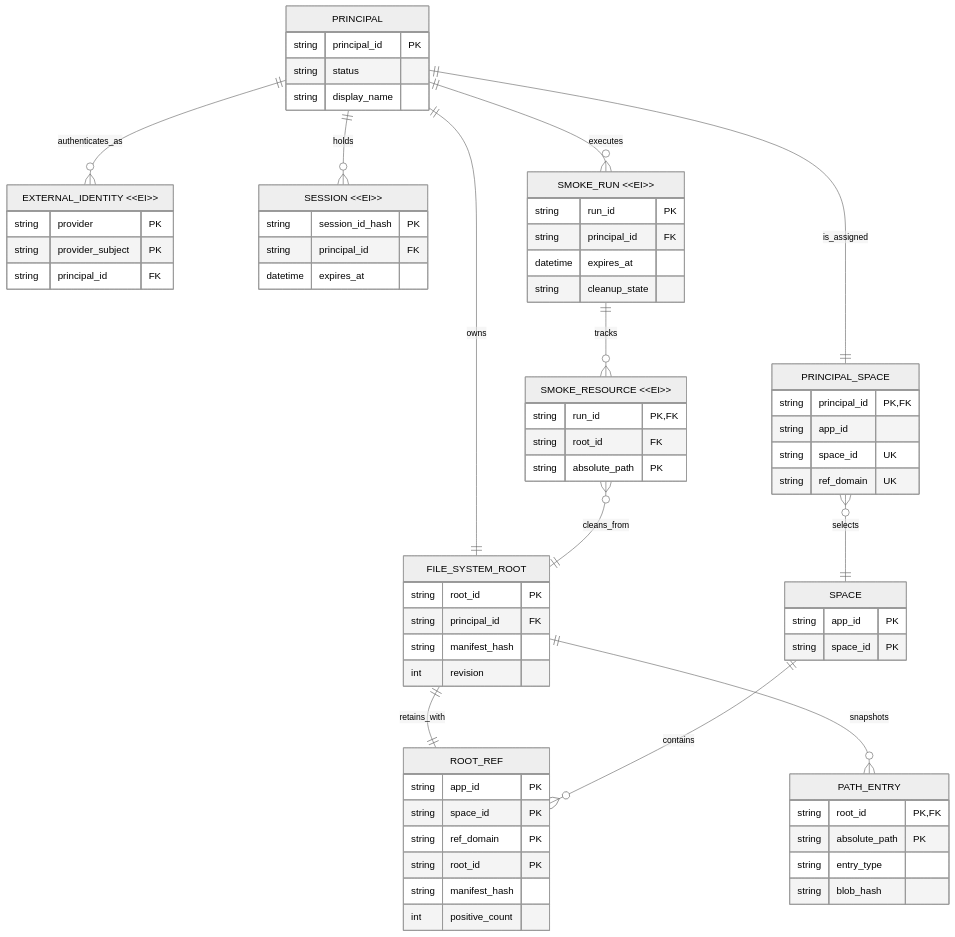
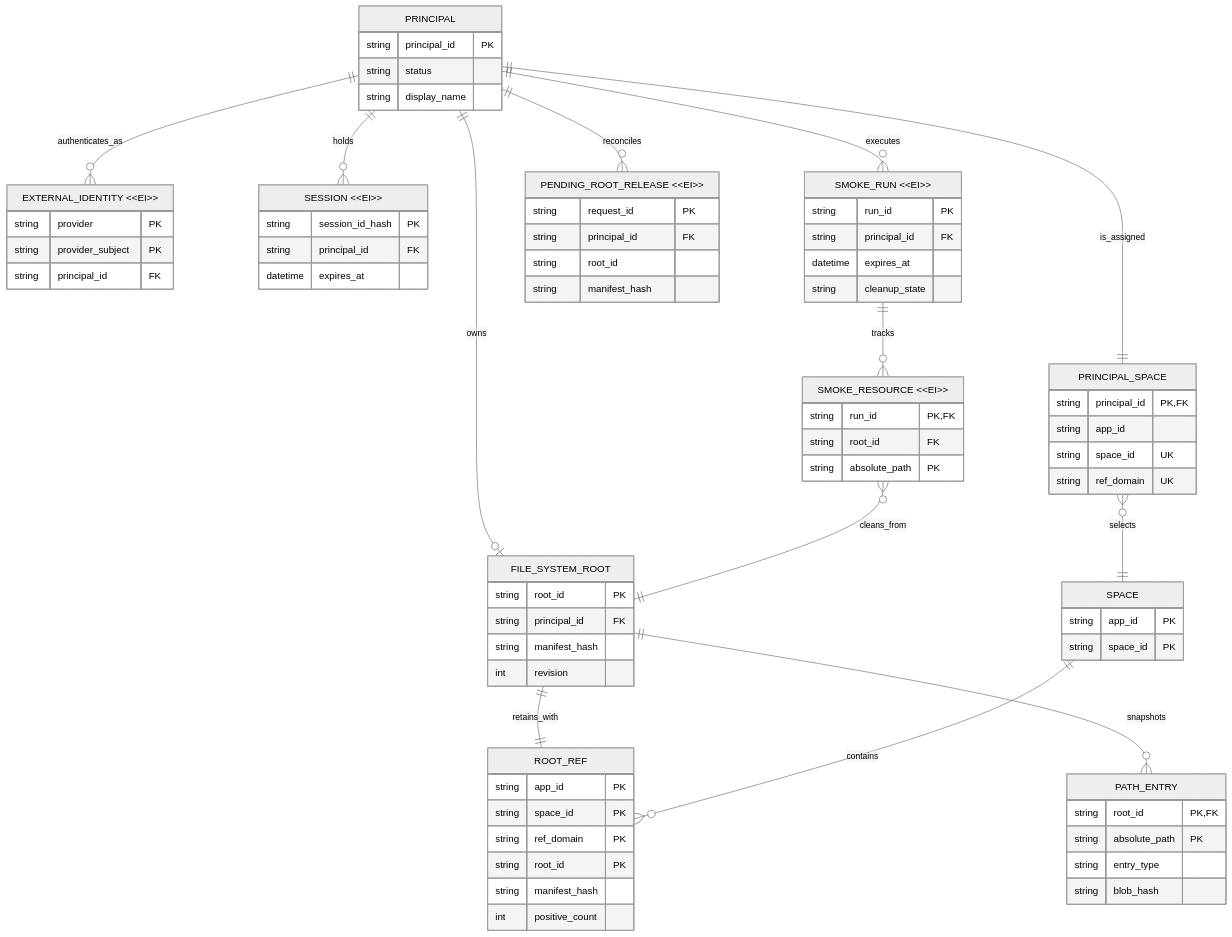
Before and after one commit to shazhou-ww/unicas: the diagram in tasks/build-file-upload-smoke-app/BusinessDataModel.md, drawn with Mermaid (neutral theme). The commit also changed other lines of this file and 60 other files, not shown here.

```diff
--- a/tasks/build-file-upload-smoke-app/BusinessDataModel.md
+++ b/tasks/build-file-upload-smoke-app/BusinessDataModel.md
@@ -81,6 +81,13 @@
     string absolute_path PK
   }
 
+  PENDING_ROOT_RELEASE["PENDING_ROOT_RELEASE &lt;&lt;EI&gt;&gt;"] {
+    string request_id PK
+    string principal_id FK
+    string root_id
+    string manifest_hash
+  }
+
   SPACE {
     string app_id PK
     string space_id PK
@@ -99,9 +106,10 @@
   PRINCIPAL ||--o{ SESSION : holds
   PRINCIPAL ||--|| PRINCIPAL_SPACE : is_assigned
   PRINCIPAL_SPACE }o--|| SPACE : selects
-  PRINCIPAL ||--|| FILE_SYSTEM_ROOT : owns
+  PRINCIPAL ||--o| FILE_SYSTEM_ROOT : owns
   FILE_SYSTEM_ROOT ||--o{ PATH_ENTRY : snapshots
   FILE_SYSTEM_ROOT ||--|| ROOT_REF : retains_with
+  PRINCIPAL ||--o{ PENDING_ROOT_RELEASE : reconciles
   PRINCIPAL ||--o{ SMOKE_RUN : executes
   SMOKE_RUN ||--o{ SMOKE_RESOURCE : tracks
   SMOKE_RESOURCE }o--|| FILE_SYSTEM_ROOT : cleans_from
```
